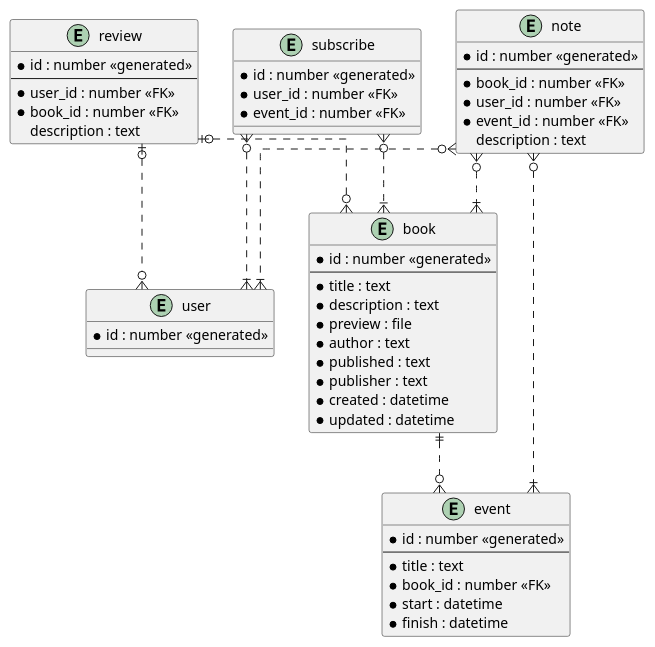
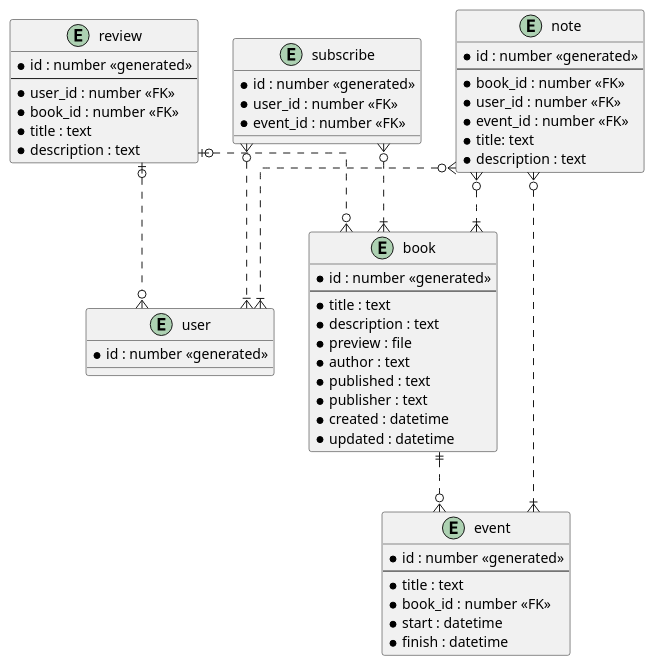
Before and after one commit to kiberden/final_work: the diagram in documents/database_relation.puml, drawn with PlantUML. The commit also changed 2 other files, not shown here.

```diff
--- a/documents/database_relation.puml
+++ b/documents/database_relation.puml
@@ -1,70 +1,72 @@
 @startuml
 
 ' hide the spot
 ' hide circle
 
 ' avoid problems with angled crows feet
 skinparam linetype ortho
 
 entity "book" as book {
   *id : number <<generated>>
   --
   *title : text
   *description : text
   *preview : file
   *author : text
   *published : text
   *publisher : text
   *created : datetime
   *updated : datetime
 }
 
 entity "user" as user {
     *id : number <<generated>>
 }
 
 entity "event" as event {
   *id : number <<generated>>
   --
   *title : text
   *book_id : number <<FK>>
   *start : datetime
   *finish : datetime
 }
 
 entity "subscribe" as subscribe {
     *id : number <<generated>>
     *user_id : number <<FK>>
     *event_id : number <<FK>>
 }
 
 entity "note" as note {
   *id : number <<generated>>
   --
   *book_id : number <<FK>>
   *user_id : number <<FK>>
   *event_id : number <<FK>>
-  description : text
+  *title: text
+  *description : text
 }
 
 entity "review" as review {
   *id : number <<generated>>
   --
   *user_id : number <<FK>>
   *book_id : number <<FK>>
-  description : text
+  *title : text
+  *description : text
 }
 
 book ||..o{ event
 
 subscribe }o..|{ user
 subscribe }o..|{ book
 
 note }o..|{ book
 note }o..|{ user
 note }o..|{ event
 
 review |o..o{ book
 review |o..o{ user
 
 @enduml
```
